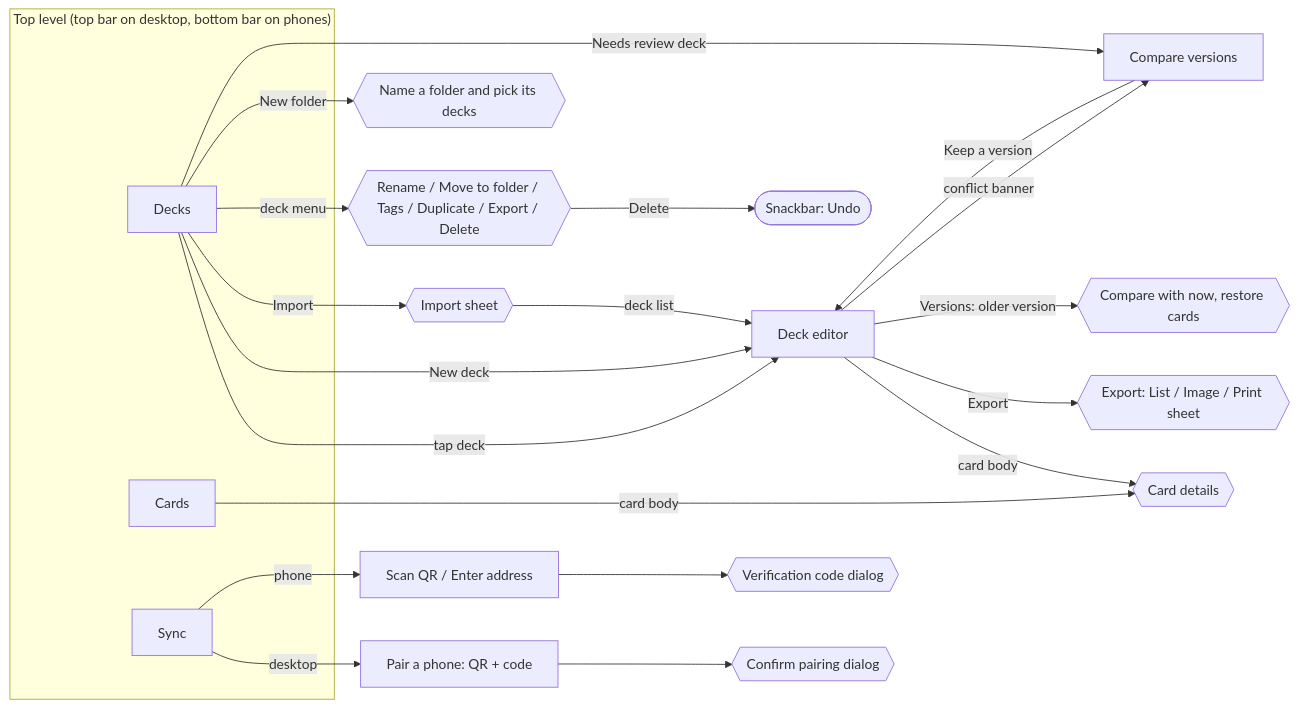
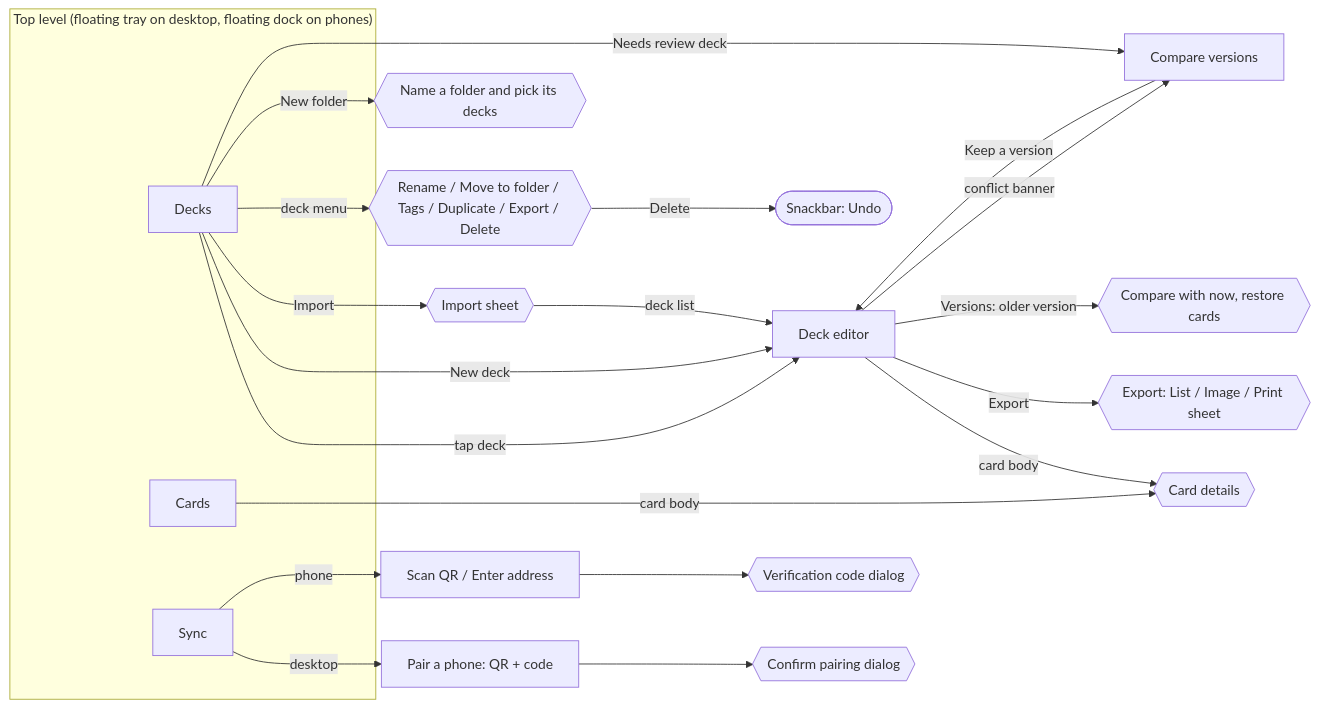
Before and after one commit to tsunsora/lock-on: the diagram in docs/UX_MAP.md, drawn with Mermaid. The commit also changed other lines of this file and 41 other files, not shown here.

````diff
--- a/docs/UX_MAP.md
+++ b/docs/UX_MAP.md
@@ -7,30 +7,30 @@
 ```mermaid
 flowchart LR
-    subgraph Top["Top level (top bar on desktop, bottom bar on phones)"]
+    subgraph Top["Top level (floating tray on desktop, floating dock on phones)"]
         D[Decks]
         C[Cards]
         S[Sync]
     end
 
     D -->|tap deck| E[Deck editor]
     D -->|New deck| E
     D -->|Import| IMP{{Import sheet}}
     IMP -->|deck list| E
     D -->|deck menu| DM{{Rename / Move to folder / Tags / Duplicate / Export / Delete}}
     DM -->|Delete| UNDO([Snackbar: Undo])
     D -->|New folder| NF{{Name a folder and pick its decks}}
     D -->|"Needs review" deck| X[Compare versions]
 
     E -->|card body| CD{{Card details}}
     E -->|Export| EXP{{Export: List / Image / Print sheet}}
     E -->|Versions: older version| VC{{Compare with now, restore cards}}
     E -->|conflict banner| X
     X -->|Keep a version| E
 
     C -->|card body| CD
 
     S -->|desktop| QR[Pair a phone: QR + code]
     S -->|phone| SC[Scan QR / Enter address]
     QR --> CONF{{Confirm pairing dialog}}
     SC --> VER{{Verification code dialog}}
 ```
````
